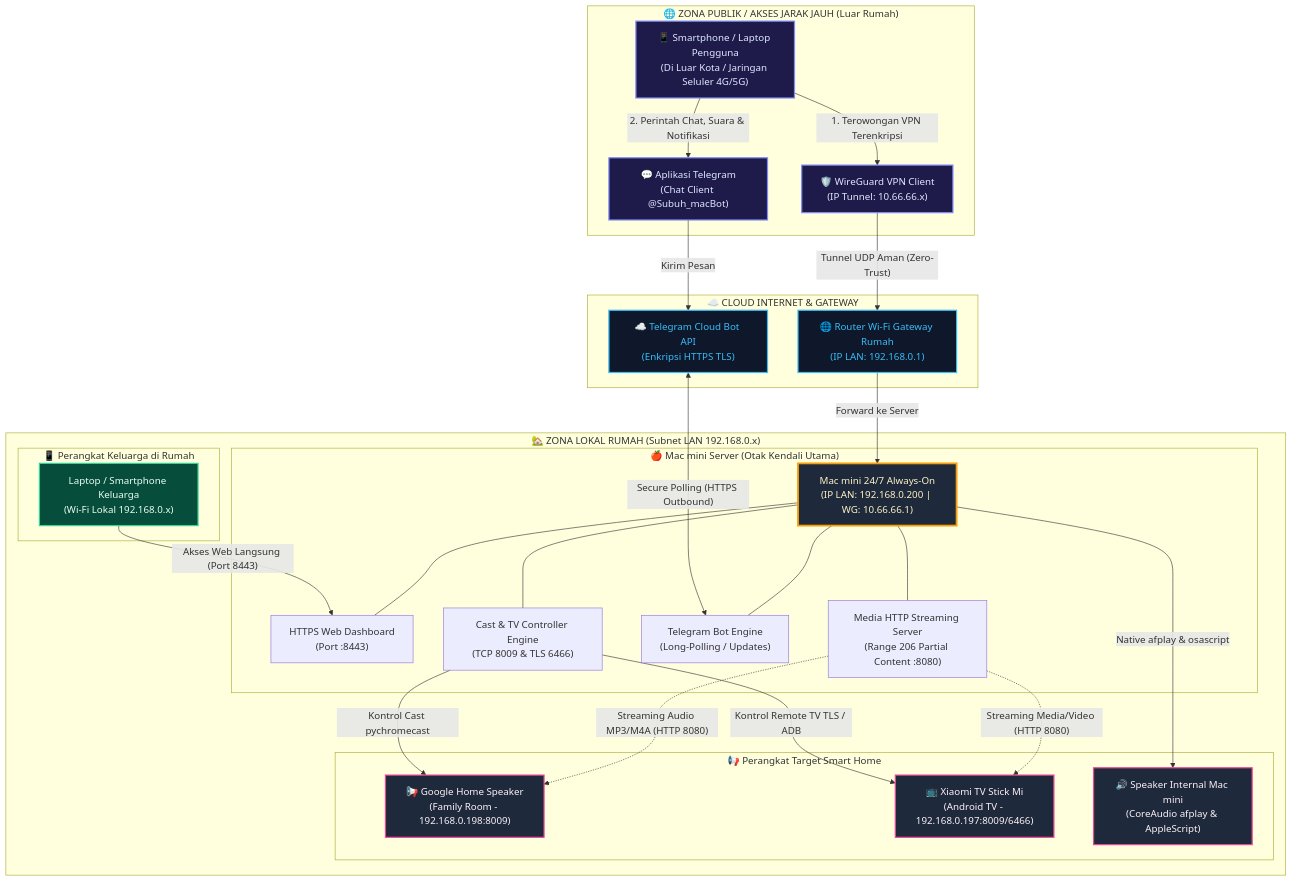
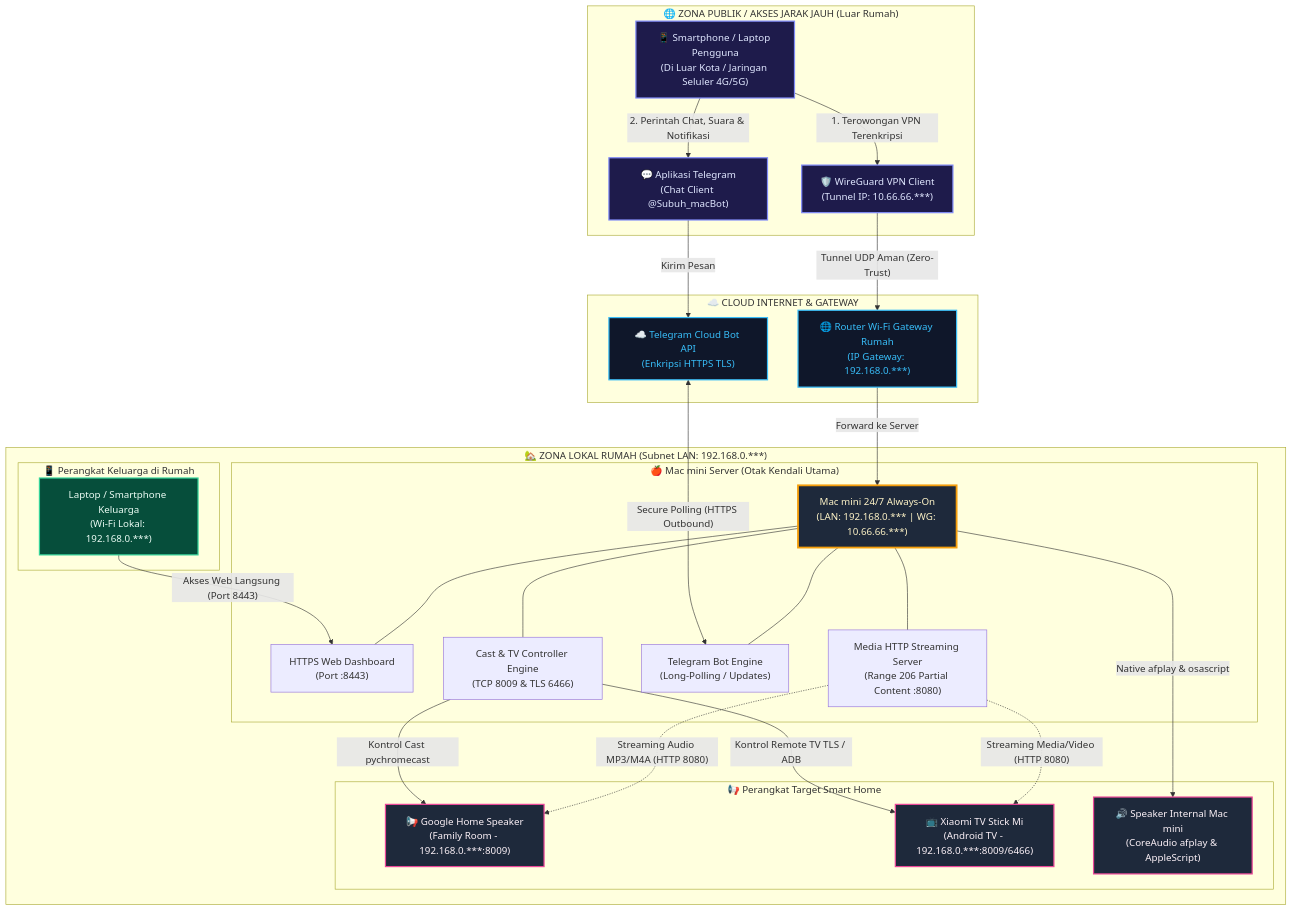
One commit to subuh-kurniawan/mac-home-server changed the second of 3 diagrams in README.md. Above: the diagram before and after it, drawn with Mermaid. The commit also changed 5 other files, not shown here.

````diff
--- a/README.md
+++ b/README.md
@@ -96,65 +96,65 @@
 ```mermaid
 flowchart TD
     %% Styling Classes
     classDef remoteZone fill:#1e1b4b,stroke:#818cf8,stroke-width:2px,color:#e0e7ff;
     classDef publicCloud fill:#0f172a,stroke:#38bdf8,stroke-width:2px,color:#38bdf8;
     classDef lanZone fill:#064e3b,stroke:#34d399,stroke-width:2px,color:#ecfdf5;
     classDef serverNode fill:#1e293b,stroke:#f59e0b,stroke-width:3px,color:#fef3c7;
     classDef deviceNode fill:#1e293b,stroke:#ec4899,stroke-width:2px,color:#fdf2f8;
 
     subgraph RemoteAccess ["🌐 ZONA PUBLIK / AKSES JARAK JAUH (Luar Rumah)"]
         UserRemote["📱 Smartphone / Laptop Pengguna\n(Di Luar Kota / Jaringan Seluler 4G/5G)"]:::remoteZone
-        WGClient["🛡️ WireGuard VPN Client\n(IP Tunnel: 10.66.66.x)"]:::remoteZone
+        WGClient["🛡️ WireGuard VPN Client\n(Tunnel IP: 10.66.66.***)"]:::remoteZone
         TelegramApp["💬 Aplikasi Telegram\n(Chat Client @Subuh_macBot)"]:::remoteZone
     end
 
     subgraph CloudRelay ["☁️ CLOUD INTERNET & GATEWAY"]
         TelegramCloud["☁️ Telegram Cloud Bot API\n(Enkripsi HTTPS TLS)"]:::publicCloud
-        HomeRouter["🌐 Router Wi-Fi Gateway Rumah\n(IP LAN: 192.168.0.1)"]:::publicCloud
+        HomeRouter["🌐 Router Wi-Fi Gateway Rumah\n(IP Gateway: 192.168.0.***)"]:::publicCloud
     end
 
-    subgraph HomeLAN ["🏡 ZONA LOKAL RUMAH (Subnet LAN 192.168.0.x)"]
+    subgraph HomeLAN ["🏡 ZONA LOKAL RUMAH (Subnet LAN: 192.168.0.***)"]
         subgraph HostServer ["🍎 Mac mini Server (Otak Kendali Utama)"]
-            MacMini["Mac mini 24/7 Always-On\n(IP LAN: 192.168.0.200 | WG: 10.66.66.1)"]:::serverNode
+            MacMini["Mac mini 24/7 Always-On\n(LAN: 192.168.0.*** | WG: 10.66.66.***)"]:::serverNode
             WebHTTPS["HTTPS Web Dashboard\n(Port :8443)"]
             StreamServer["Media HTTP Streaming Server\n(Range 206 Partial Content :8080)"]
             BotDaemon["Telegram Bot Engine\n(Long-Polling / Updates)"]
             CastDaemon["Cast & TV Controller Engine\n(TCP 8009 & TLS 6466)"]
         end
 
         subgraph LocalClients ["📱 Perangkat Keluarga di Rumah"]
-            FamilyDevices["Laptop / Smartphone Keluarga\n(Wi-Fi Lokal 192.168.0.x)"]:::lanZone
+            FamilyDevices["Laptop / Smartphone Keluarga\n(Wi-Fi Lokal: 192.168.0.***)"]:::lanZone
         end
 
         subgraph SmartEndpoints ["📢 Perangkat Target Smart Home"]
-            GH["📢 Google Home Speaker\n(Family Room - 192.168.0.198:8009)"]:::deviceNode
-            TVStick["📺 Xiaomi TV Stick Mi\n(Android TV - 192.168.0.197:8009/6466)"]:::deviceNode
+            GH["📢 Google Home Speaker\n(Family Room - 192.168.0.***:8009)"]:::deviceNode
+            TVStick["📺 Xiaomi TV Stick Mi\n(Android TV - 192.168.0.***:8009/6466)"]:::deviceNode
             MacAudio["🔊 Speaker Internal Mac mini\n(CoreAudio afplay & AppleScript)"]:::deviceNode
         end
     end
 
     %% Jalur Koneksi Remote
     UserRemote -->|"1. Terowongan VPN Terenkripsi"| WGClient
     WGClient -->|"Tunnel UDP Aman (Zero-Trust)"| HomeRouter
     HomeRouter -->|"Forward ke Server"| MacMini
 
     UserRemote -->|"2. Perintah Chat, Suara & Notifikasi"| TelegramApp
     TelegramApp -->|"Kirim Pesan"| TelegramCloud
     TelegramCloud <-->|"Secure Polling (HTTPS Outbound)"| BotDaemon
 
     %% Jalur Koneksi Lokal
     FamilyDevices -->|"Akses Web Langsung (Port 8443)"| WebHTTPS
 
     %% Server Internal Wiring
     MacMini --- WebHTTPS
     MacMini --- StreamServer
     MacMini --- BotDaemon
     MacMini --- CastDaemon
 
     %% Kontrol & Streaming ke Perangkat
     CastDaemon -->|"Kontrol Cast pychromecast"| GH
     CastDaemon -->|"Kontrol Remote TV TLS / ADB"| TVStick
     StreamServer -.->|"Streaming Audio MP3/M4A (HTTP 8080)"| GH
     StreamServer -.->|"Streaming Media/Video (HTTP 8080)"| TVStick
     MacMini -->|"Native afplay & osascript"| MacAudio
 ```
````
